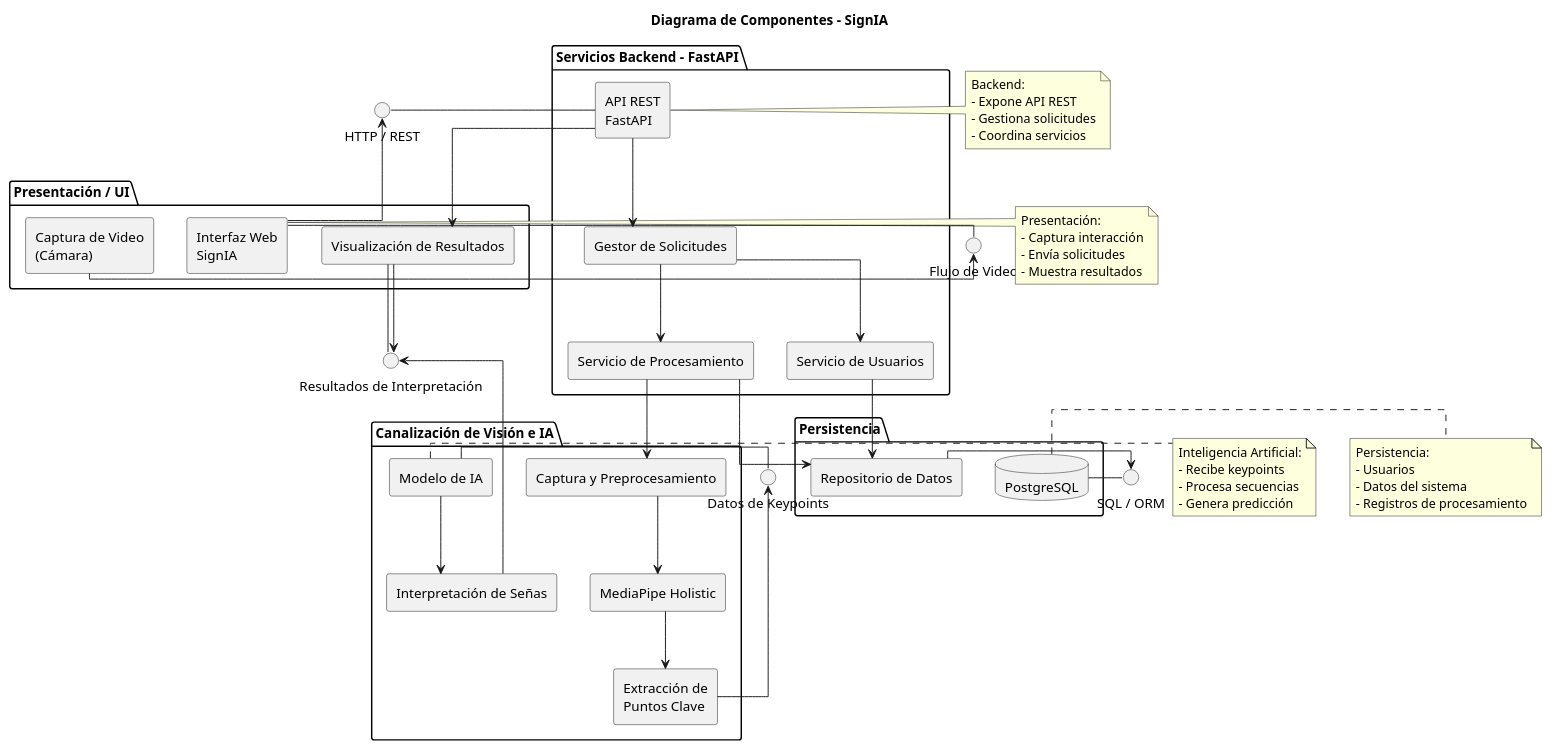
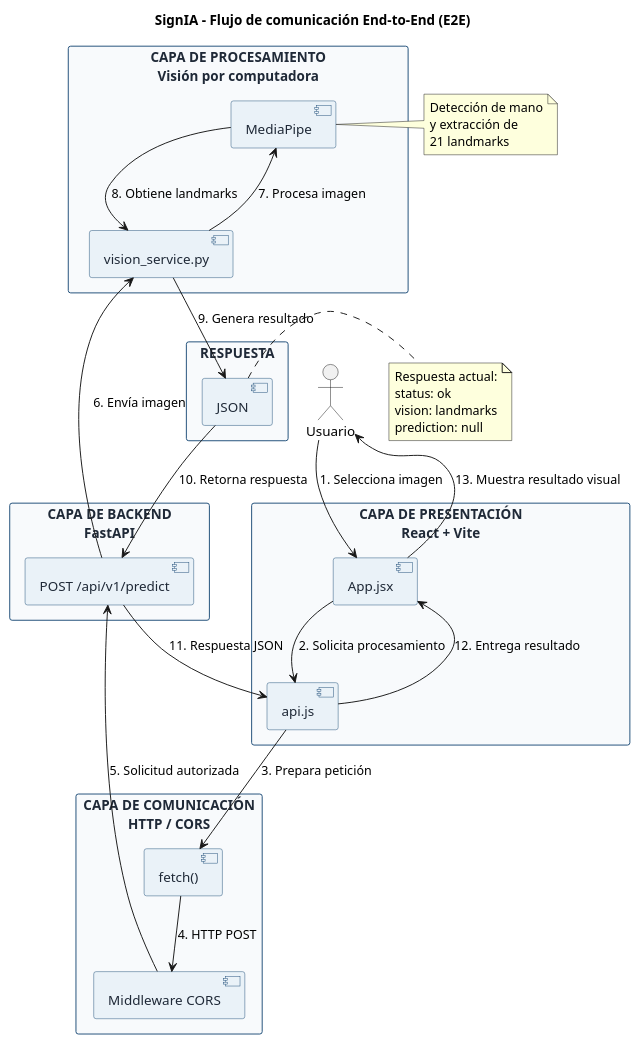
One commit to programasomf-commits/SignIA changed the diagram in architecture/uml/casos_uso.puml. Above: the diagram before and after it, drawn with PlantUML. The commit also changed 5 other files, not shown here.

```diff
--- a/architecture/uml/casos_uso.puml
+++ b/architecture/uml/casos_uso.puml
@@ -1,153 +1,78 @@
 @startuml
-title Diagrama de Componentes - SignIA
+title SignIA - Flujo de comunicación End-to-End (E2E)
 
-skinparam componentStyle rectangle
+skinparam backgroundColor white
 skinparam shadowing false
-skinparam linetype ortho
+skinparam defaultFontName Arial
 
-' =========================================================
-' PRESENTACIÓN / UI
-' =========================================================
-
-package "Presentación / UI" {
-
-    component "Interfaz Web\nSignIA" as UI
-
-    component "Captura de Video\n(Cámara)" as Camera
-
-    component "Visualización de Resultados" as Results
+skinparam rectangle {
+    BorderColor #1F4E79
+    FontColor #1F2937
+    BackgroundColor #F8FAFC
 }
 
-' =========================================================
-' SERVICIOS BACKEND
-' =========================================================
-
-package "Servicios Backend - FastAPI" {
-
-    component "API REST\nFastAPI" as API
-
-    component "Gestor de Solicitudes" as RequestManager
-
-    component "Servicio de Procesamiento" as ProcessingService
-
-    component "Servicio de Usuarios" as UserService
+skinparam component {
+    BorderColor #1F4E79
+    FontColor #1F2937
+    BackgroundColor #EAF2F8
 }
 
-' =========================================================
-' CANALIZACIÓN DE VISIÓN E IA
-' =========================================================
-
-package "Canalización de Visión e IA" {
-
-    component "Captura y Preprocesamiento" as Preprocessing
-
-    component "MediaPipe Holistic" as MediaPipe
-
-    component "Extracción de\nPuntos Clave" as Keypoints
-
-    component "Modelo de IA" as AIModel
-
-    component "Interpretación de Señas" as Interpretation
+skinparam database {
+    BorderColor #1F4E79
+    FontColor #1F2937
+    BackgroundColor #F3F6F9
 }
 
-' =========================================================
-' PERSISTENCIA
-' =========================================================
+actor "Usuario" as usuario
 
-package "Persistencia" {
-
-    database "PostgreSQL" as PostgreSQL
-
-    component "Repositorio de Datos" as Repository
+rectangle "CAPA DE PRESENTACIÓN\nReact + Vite" as frontend {
+    component "App.jsx" as app
+    component "api.js" as api
 }
 
-' =========================================================
-' INTERFACES
-' =========================================================
+rectangle "CAPA DE COMUNICACIÓN\nHTTP / CORS" as comunicacion {
+    component "fetch()" as fetch
+    component "Middleware CORS" as cors
+}
 
-interface "HTTP / REST" as REST
-interface "Flujo de Video" as VideoInterface
-interface "Datos de Keypoints" as KeypointInterface
-interface "Resultados de Interpretación" as ResultInterface
-interface "SQL / ORM" as SQLInterface
+rectangle "CAPA DE BACKEND\nFastAPI" as backend {
+    component "POST /api/v1/predict" as predict
+}
 
-' =========================================================
-' CONEXIONES - PRESENTACIÓN
-' =========================================================
+rectangle "CAPA DE PROCESAMIENTO\nVisión por computadora" as procesamiento {
+    component "vision_service.py" as vision
+    component "MediaPipe" as mediapipe
+}
 
-UI --> REST
-REST - API
+rectangle "RESPUESTA" as respuesta {
+    component "JSON" as json
+}
 
-Camera --> VideoInterface
-VideoInterface - UI
+usuario --> app : 1. Selecciona imagen
+app --> api : 2. Solicita procesamiento
+api --> fetch : 3. Prepara petición
+fetch --> cors : 4. HTTP POST
+cors --> predict : 5. Solicitud autorizada
+predict --> vision : 6. Envía imagen
+vision --> mediapipe : 7. Procesa imagen
+mediapipe --> vision : 8. Obtiene landmarks
+vision --> json : 9. Genera resultado
+json --> predict : 10. Retorna respuesta
+predict --> api : 11. Respuesta JSON
+api --> app : 12. Entrega resultado
+app --> usuario : 13. Muestra resultado visual
 
-API --> Results
-Results --> ResultInterface
-
-' =========================================================
-' CONEXIONES - BACKEND
-' =========================================================
-
-API --> RequestManager
-RequestManager --> ProcessingService
-RequestManager --> UserService
-
-' =========================================================
-' CONEXIONES - VISIÓN E IA
-' =========================================================
-
-ProcessingService --> Preprocessing
-
-Preprocessing --> MediaPipe
-MediaPipe --> Keypoints
-Keypoints --> KeypointInterface
-KeypointInterface - AIModel
-
-AIModel --> Interpretation
-Interpretation --> ResultInterface
-
-ResultInterface - Results
-
-' =========================================================
-' CONEXIONES - PERSISTENCIA
-' =========================================================
-
-UserService --> Repository
-ProcessingService --> Repository
-
-Repository --> SQLInterface
-SQLInterface - PostgreSQL
-
-' =========================================================
-' FLUJO PRINCIPAL
-' =========================================================
-
-note right of UI
-  Presentación:
-  - Captura interacción
-  - Envía solicitudes
-  - Muestra resultados
+note right of mediapipe
+Detección de mano
+y extracción de
+21 landmarks
 end note
 
-note right of API
-  Backend:
-  - Expone API REST
-  - Gestiona solicitudes
-  - Coordina servicios
-end note
-
-note right of AIModel
-  Inteligencia Artificial:
-  - Recibe keypoints
-  - Procesa secuencias
-  - Genera predicción
-end note
-
-note right of PostgreSQL
-  Persistencia:
-  - Usuarios
-  - Datos del sistema
-  - Registros de procesamiento
+note right of json
+Respuesta actual:
+status: ok
+vision: landmarks
+prediction: null
 end note
 
 @enduml
```
